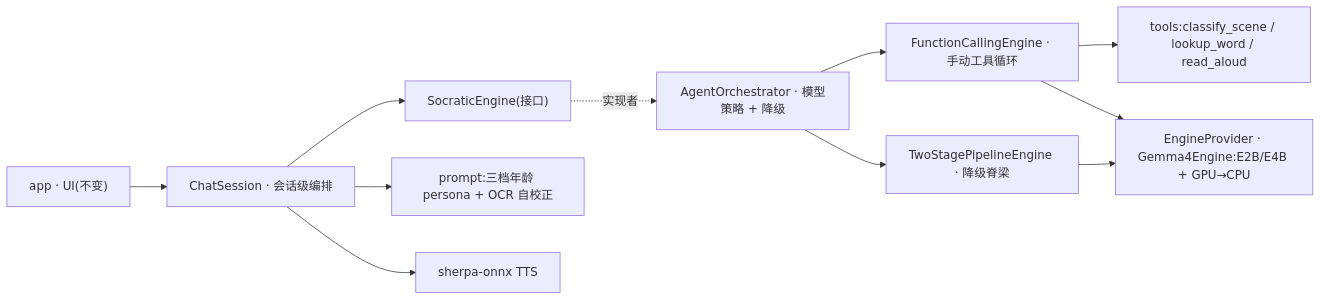
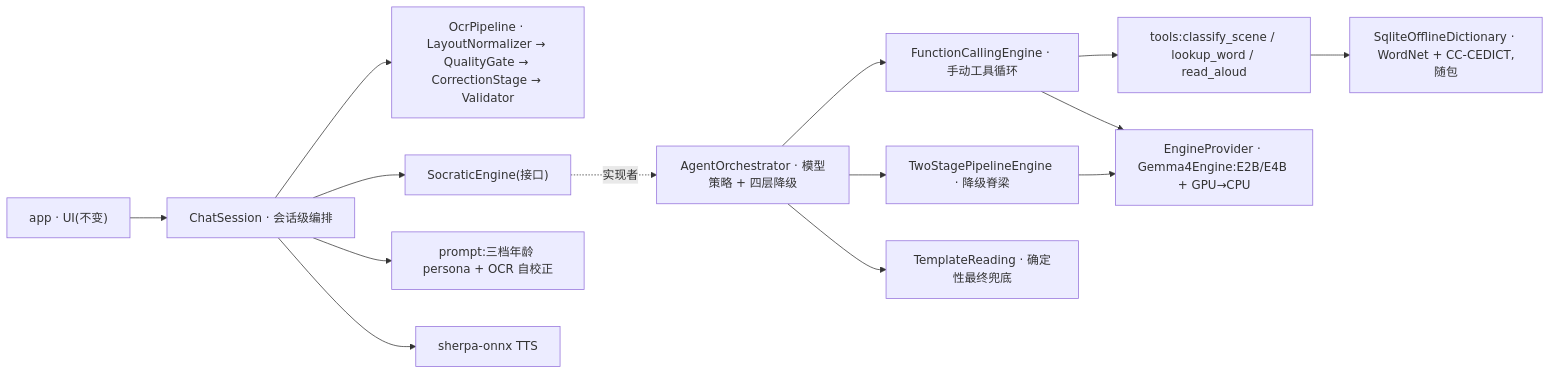
Before and after one commit to Stefan-Antonio-Pao/ING_luminosity-reader: the second of 2 diagrams in README_ZH.md, drawn with Mermaid. The commit also changed other lines of this file and 64 other files, not shown here.

````diff
--- a/README_ZH.md
+++ b/README_ZH.md
@@ -202,13 +224,16 @@
 ```mermaid
 flowchart LR
     UI["app · UI(不变)"] --> CS[ChatSession · 会话级编排]
+    CS --> OP["OcrPipeline · LayoutNormalizer → QualityGate → CorrectionStage → Validator"]
     CS --> SE["SocraticEngine(接口)"]
-    SE -. "实现者" .-> ORCH[AgentOrchestrator · 模型策略 + 降级]
+    SE -. "实现者" .-> ORCH[AgentOrchestrator · 模型策略 + 四层降级]
     ORCH --> FCE[FunctionCallingEngine · 手动工具循环]
     ORCH --> TSE[TwoStagePipelineEngine · 降级脊梁]
+    ORCH --> TPL[TemplateReading · 确定性最终兜底]
     FCE --> TR["tools:classify_scene / lookup_word / read_aloud"]
+    TR --> DICT["SqliteOfflineDictionary · WordNet + CC-CEDICT,随包"]
     FCE --> EP["EngineProvider · Gemma4Engine:E2B/E4B + GPU→CPU"]
     TSE --> EP
     CS --> PR["prompt:三档年龄 persona + OCR 自校正"]
     CS --> TTS[sherpa-onnx TTS]
 ```
````
